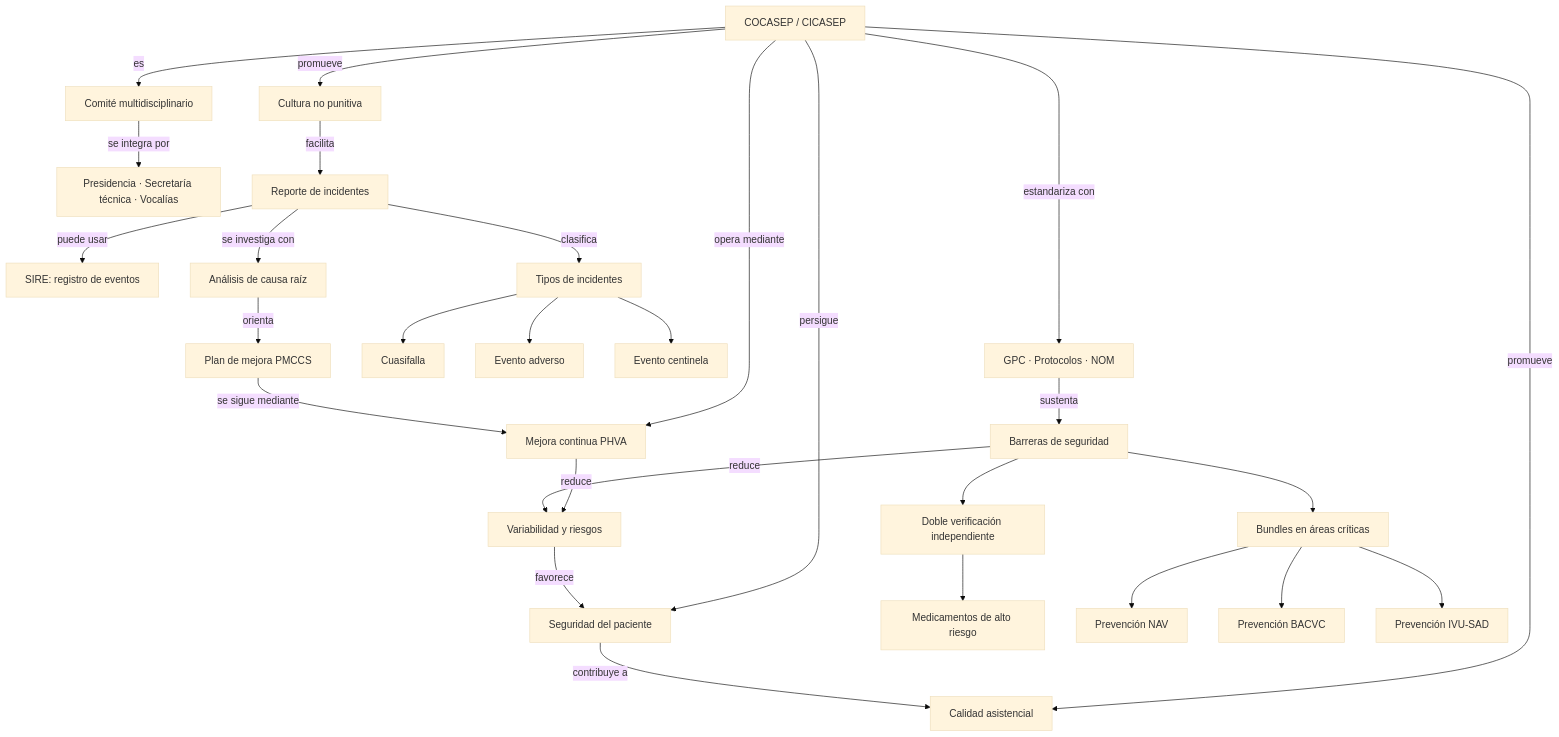
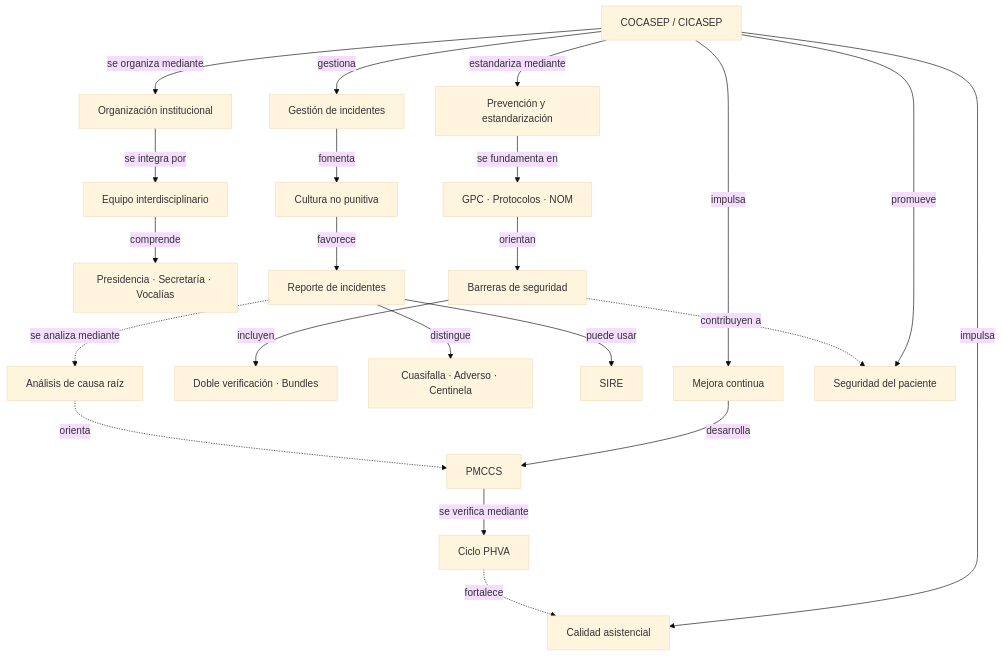
The diagram in studies/cocasep/mapa-conceptual.md (The-TechX/ocr-temp), drawn with Mermaid (base theme) before and after one commit. The commit also changed other lines of this file, not shown here.

Commit message:
docs(cocasep): align concept synthesis with evaluation rubric

````diff
--- a/studies/cocasep/mapa-conceptual.md
+++ b/studies/cocasep/mapa-conceptual.md
@@ -5,30 +17,44 @@
 ```mermaid
-flowchart TD
-    C["COCASEP / CICASEP"] -->|"es"| O["Comité multidisciplinario"]
-    O -->|"se integra por"| I["Presidencia · Secretaría técnica · Vocalías"]
-    C -->|"persigue"| S["Seguridad del paciente"]
-    C -->|"promueve"| Q["Calidad asistencial"]
-    C -->|"opera mediante"| P["Mejora continua PHVA"]
-    C -->|"estandariza con"| G["GPC · Protocolos · NOM"]
-    C -->|"promueve"| N["Cultura no punitiva"]
-    N -->|"facilita"| R["Reporte de incidentes"]
-    R -->|"puede usar"| SIRE["SIRE: registro de eventos"]
-    R -->|"clasifica"| T["Tipos de incidentes"]
-    T --> F["Cuasifalla"]
-    T --> A["Evento adverso"]
-    T --> E["Evento centinela"]
-    R -->|"se investiga con"| ACR["Análisis de causa raíz"]
-    ACR -->|"orienta"| PM["Plan de mejora PMCCS"]
-    PM -->|"se sigue mediante"| P
-    G -->|"sustenta"| B["Barreras de seguridad"]
-    B --> D["Doble verificación independiente"]
-    D --> M["Medicamentos de alto riesgo"]
-    B --> U["Bundles en áreas críticas"]
-    U --> NAV["Prevención NAV"]
-    U --> BAC["Prevención BACVC"]
-    U --> IVU["Prevención IVU-SAD"]
-    P -->|"reduce"| V["Variabilidad y riesgos"]
-    B -->|"reduce"| V
-    V -->|"favorece"| S
-    S -->|"contribuye a"| Q
+flowchart TB
+  C["COCASEP / CICASEP"]
+  O["Organización institucional"]
+  P["Prevención y estandarización"]
+  I["Gestión de incidentes"]
+  M["Mejora continua"]
+  O1["Equipo interdisciplinario"]
+  O2["Presidencia · Secretaría · Vocalías"]
+  P1["GPC · Protocolos · NOM"]
+  P2["Barreras de seguridad"]
+  P3["Doble verificación · Bundles"]
+  I1["Cultura no punitiva"]
+  I2["Reporte de incidentes"]
+  I3["Cuasifalla · Adverso · Centinela"]
+  I4["SIRE"]
+  A["Análisis de causa raíz"]
+  M1["PMCCS"]
+  M2["Ciclo PHVA"]
+  S["Seguridad del paciente"]
+  Q["Calidad asistencial"]
+
+  C -->|"se organiza mediante"| O
+  C -->|"estandariza mediante"| P
+  C -->|"gestiona"| I
+  C -->|"impulsa"| M
+  O -->|"se integra por"| O1
+  O1 -->|"comprende"| O2
+  P -->|"se fundamenta en"| P1
+  P1 -->|"orientan"| P2
+  P2 -->|"incluyen"| P3
+  I -->|"fomenta"| I1
+  I1 -->|"favorece"| I2
+  I2 -->|"distingue"| I3
+  I2 -->|"puede usar"| I4
+  I2 -.->|"se analiza mediante"| A
+  A -.->|"orienta"| M1
+  M -->|"desarrolla"| M1
+  M1 -->|"se verifica mediante"| M2
+  P2 -.->|"contribuyen a"| S
+  M2 -.->|"fortalece"| Q
+  C -->|"promueve"| S
+  C -->|"impulsa"| Q
 ```
````
